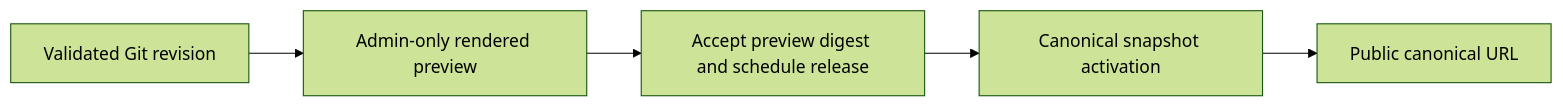
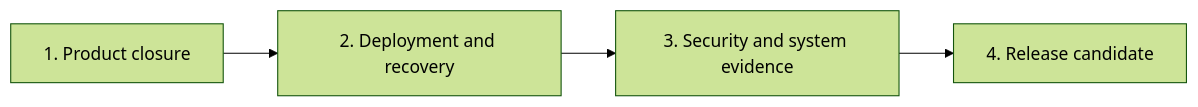
The diagram in docs/implementation.md (tee8z/maincopy), drawn with Mermaid (forest theme) before and after one commit. The commit also changed other lines of this file and 13 other files, not shown here.

````diff
--- a/docs/implementation.md
+++ b/docs/implementation.md
@@ -3130,7 +23,6 @@
 ```mermaid
 flowchart LR
-    G[Validated Git revision] --> P[Admin-only rendered preview]
-    P --> A[Accept preview digest and schedule release]
-    A --> C[Canonical snapshot activation]
-    C --> U[Public canonical URL]
+    Product[1. Product closure] --> Operations[2. Deployment and recovery]
+    Operations --> Review[3. Security and system evidence]
+    Review --> Release[4. Release candidate]
 ```
````
